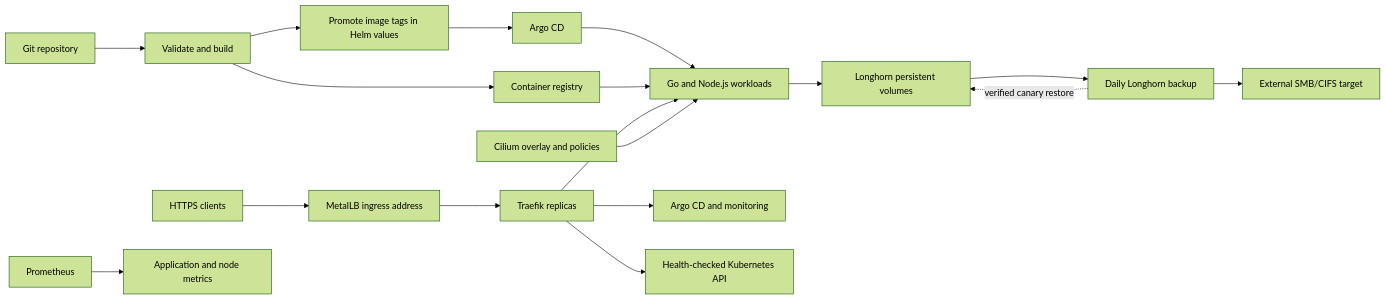
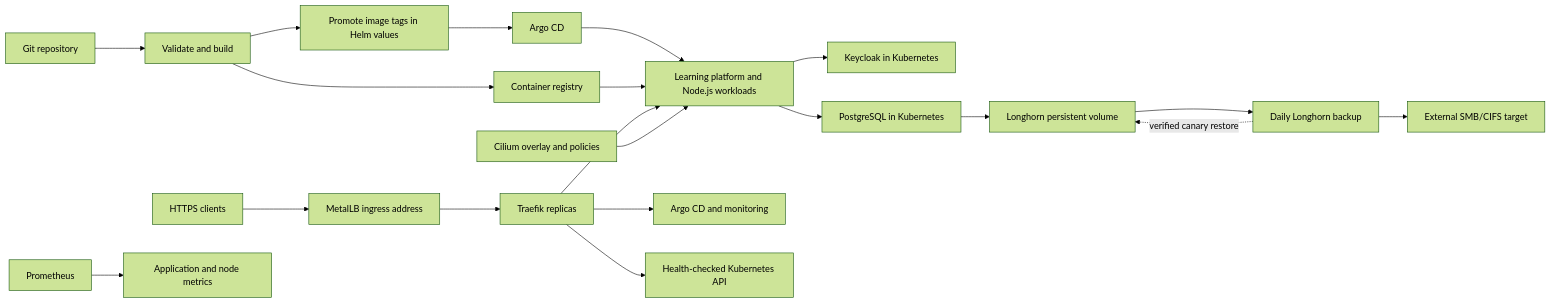
The diagram in docs/architecture.md (egyhaty/karm-devops), drawn with Mermaid (forest theme) before and after one commit. The commit also changed other lines of this file and 53 other files, not shown here.

````diff
--- a/docs/architecture.md
+++ b/docs/architecture.md
@@ -5,20 +5,22 @@
 ```mermaid
 flowchart LR
   Git[Git repository] --> CI[Validate and build]
   CI --> Registry[Container registry]
   CI --> Values[Promote image tags in Helm values]
   Values --> Argo[Argo CD]
-  Argo --> Apps[Go and Node.js workloads]
+  Argo --> Apps[Learning platform and Node.js workloads]
+  Apps --> Identity[Keycloak in Kubernetes]
+  Apps --> DB[PostgreSQL in Kubernetes]
+  DB --> PVC[Longhorn persistent volume]
   Registry --> Apps
   Clients[HTTPS clients] --> VIP[MetalLB ingress address]
   VIP --> Traefik[Traefik replicas]
   Traefik --> Apps
   Traefik --> UI[Argo CD and monitoring]
   Traefik --> API[Health-checked Kubernetes API]
   Cilium[Cilium overlay and policies] --> Apps
   Prom[Prometheus] --> Metrics[Application and node metrics]
-  Apps --> PVC[Longhorn persistent volumes]
   PVC --> Backup[Daily Longhorn backup]
   Backup --> SMB[External SMB/CIFS target]
   Backup -. verified canary restore .-> PVC
 ```
````
